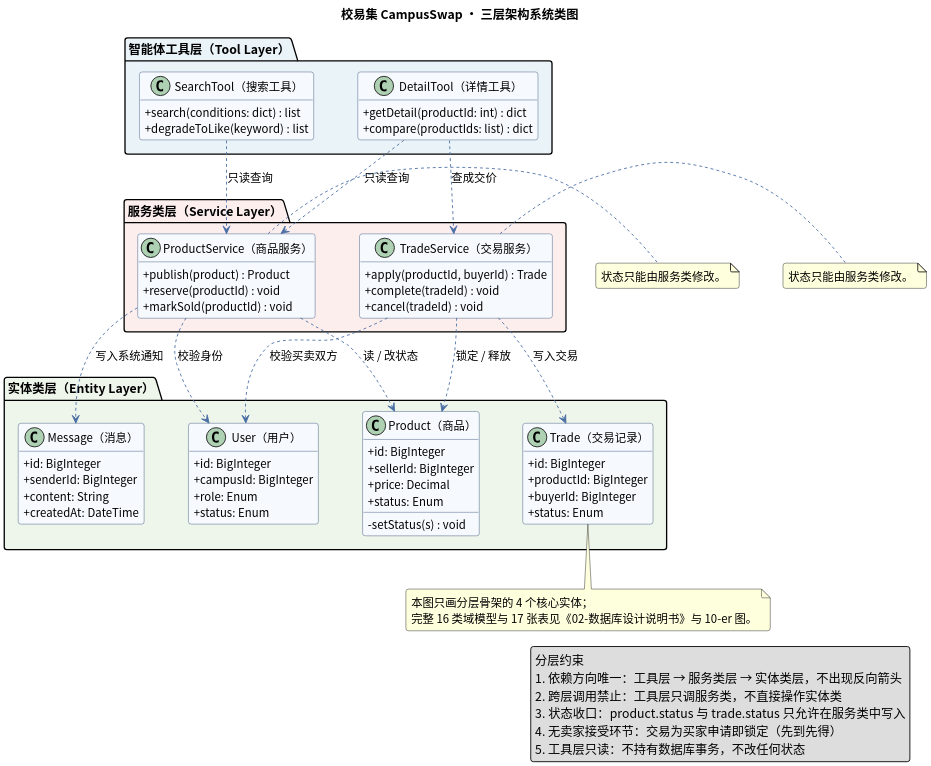
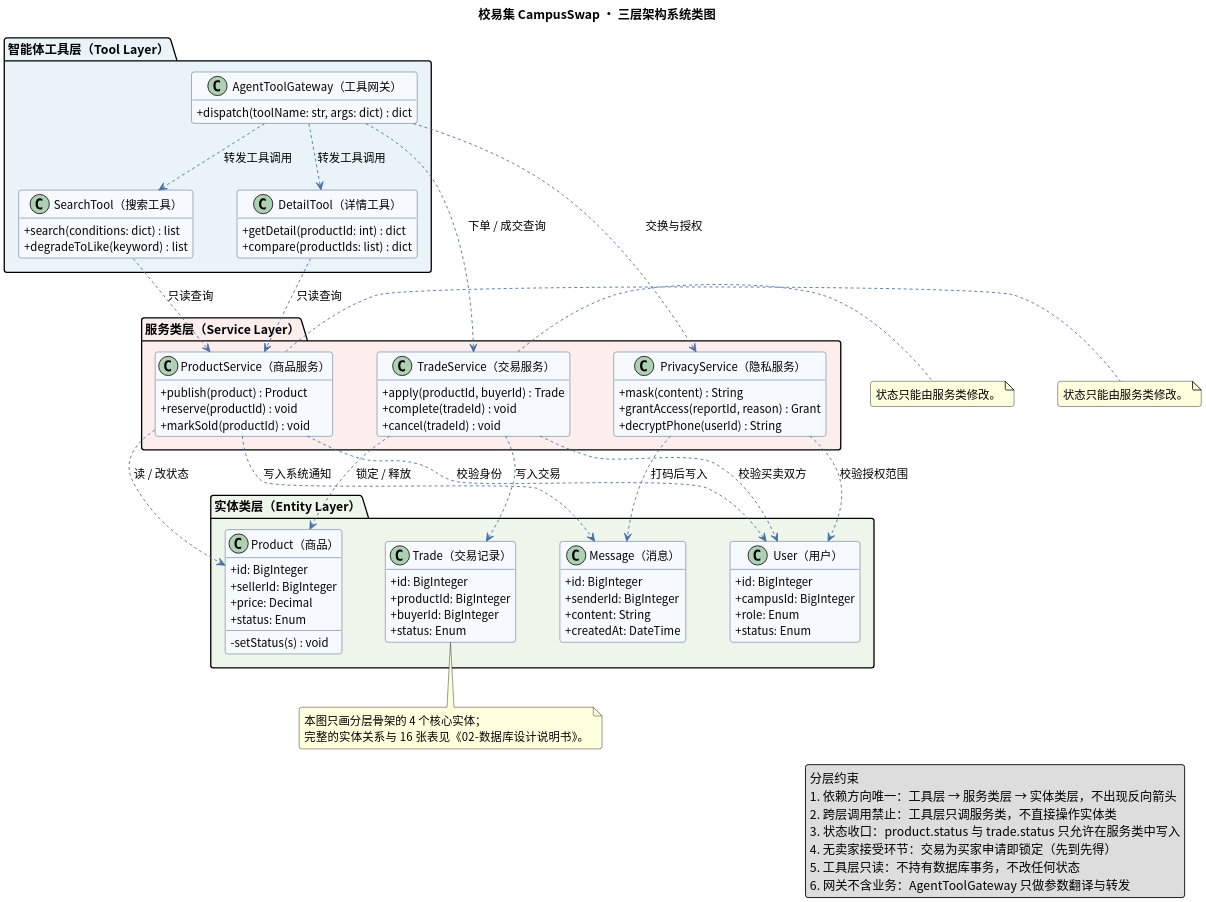
The diagram in docs/uml/04-class.puml (LB-CC-summer/campusswap), drawn with PlantUML before and after one commit. The commit also changed 1 other file, not shown here.

Commit message:
docs(uml): 04 补充 PrivacyService 与工具网关，对齐 5.1

```diff
--- a/docs/uml/04-class.puml
+++ b/docs/uml/04-class.puml
@@ -1,107 +1,121 @@
 @startuml 04-class
 ' 校易集 CampusSwap · 三层架构系统类图
 ' 分层：智能体工具层 → 服务类层 → 实体类层（依赖单向向下）
 skinparam dpi 200
 skinparam defaultFontName "Noto Sans CJK SC"
 skinparam classAttributeIconSize 0
 skinparam shadowing false
 skinparam roundcorner 6
 skinparam classFontSize 15
 skinparam classAttributeFontSize 13
 skinparam nodesep 50
 skinparam ranksep 55
 skinparam ArrowColor #4A6FA5
 skinparam ClassBorderColor #33507A
 skinparam ClassBackgroundColor #F6F9FD
 hide empty members
 
 title 校易集 CampusSwap · 三层架构系统类图
 
 package "智能体工具层（Tool Layer）" #EAF3F8 {
+  class "AgentToolGateway（工具网关）" as Gateway {
+    +dispatch(toolName: str, args: dict) : dict
+  }
   class "SearchTool（搜索工具）" as SearchTool {
     +search(conditions: dict) : list
     +degradeToLike(keyword) : list
   }
   class "DetailTool（详情工具）" as DetailTool {
     +getDetail(productId: int) : dict
     +compare(productIds: list) : dict
   }
 }
 
 package "服务类层（Service Layer）" #FDEEEE {
   class "ProductService（商品服务）" as ProductService {
     +publish(product) : Product
     +reserve(productId) : void
     +markSold(productId) : void
   }
   class "TradeService（交易服务）" as TradeService {
     +apply(productId, buyerId) : Trade
     +complete(tradeId) : void
     +cancel(tradeId) : void
+  }
+  class "PrivacyService（隐私服务）" as PrivacyService {
+    +mask(content) : String
+    +grantAccess(reportId, reason) : Grant
+    +decryptPhone(userId) : String
   }
 }
 
 package "实体类层（Entity Layer）" #EEF5EA {
   class "User（用户）" as User {
     +id: BigInteger
     +campusId: BigInteger
     +role: Enum
     +status: Enum
   }
   class "Product（商品）" as Product {
     +id: BigInteger
     +sellerId: BigInteger
     +price: Decimal
     +status: Enum
     -setStatus(s) : void
   }
   class "Trade（交易记录）" as Trade {
     +id: BigInteger
     +productId: BigInteger
     +buyerId: BigInteger
     +status: Enum
   }
   class "Message（消息）" as Message {
     +id: BigInteger
     +senderId: BigInteger
     +content: String
     +createdAt: DateTime
   }
 }
 
 ' ---------- 服务类依赖实体类 ----------
 ProductService ..> Product : 读 / 改状态
 ProductService ..> User : 校验身份
 ProductService ..> Message : 写入系统通知
 TradeService ..> Trade : 写入交易
 TradeService ..> Product : 锁定 / 释放
 TradeService ..> User : 校验买卖双方
+PrivacyService ..> Message : 打码后写入
+PrivacyService ..> User : 校验授权范围
 
 ' ---------- 智能体工具层依赖服务类 ----------
+Gateway ..> SearchTool : 转发工具调用
+Gateway ..> DetailTool : 转发工具调用
+Gateway ..> TradeService : 下单 / 成交查询
+Gateway ..> PrivacyService : 交换与授权
 SearchTool ..> ProductService : 只读查询
 DetailTool ..> ProductService : 只读查询
-DetailTool ..> TradeService : 查成交价
 
 note right of ProductService
   状态只能由服务类修改。
 end note
 
 note right of TradeService
   状态只能由服务类修改。
 end note
 
 note bottom of Trade
   本图只画分层骨架的 4 个核心实体；
-  完整 16 类域模型与 17 张表见《02-数据库设计说明书》与 10-er 图。
+  完整的实体关系与 16 张表见《02-数据库设计说明书》。
 end note
 
 legend right
   分层约束
   1. 依赖方向唯一：工具层 → 服务类层 → 实体类层，不出现反向箭头
   2. 跨层调用禁止：工具层只调服务类，不直接操作实体类
   3. 状态收口：product.status 与 trade.status 只允许在服务类中写入
   4. 无卖家接受环节：交易为买家申请即锁定（先到先得）
   5. 工具层只读：不持有数据库事务，不改任何状态
+  6. 网关不含业务：AgentToolGateway 只做参数翻译与转发
 endlegend
 
 @enduml
```
